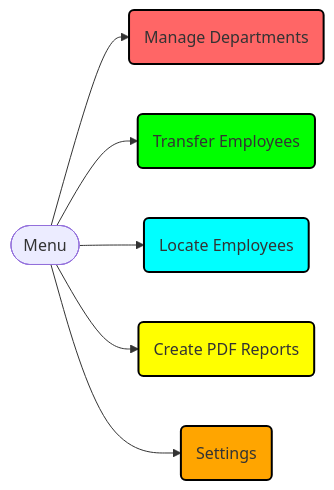
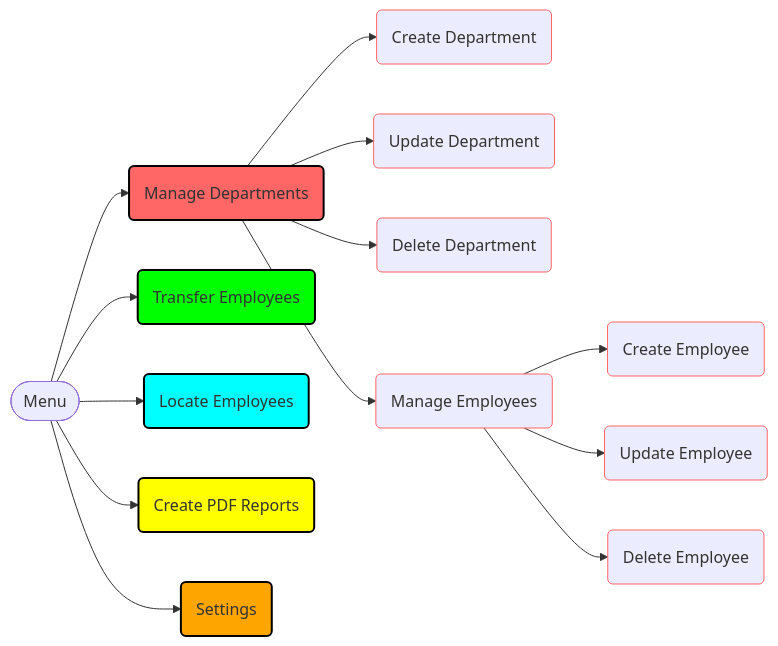
One commit to k1729p/Study27 changed the diagram in docs/mermaid/flowchart.md. Above: the diagram before and after it, drawn with Mermaid. The commit also changed 2 other files, not shown here.

````diff
--- a/docs/mermaid/flowchart.md
+++ b/docs/mermaid/flowchart.md
@@ -1,21 +1,48 @@
 ```mermaid
 flowchart LR
   MENU([Menu])
-  MNG(Manage Departments):::redBox
-  TRN(Transfer Employees):::greenBox
+  M_DEP(Manage Departments):::redBox
+  M_DEP_CR(Create Department):::redStroke
+  M_DEP_UP(Update Department):::redStroke
+  M_DEP_DL(Delete Department):::redStroke
+  M_EMP(Manage Employees):::redStroke
+  M_EMP_CR(Create Employee):::redStroke
+  M_EMP_UP(Update Employee):::redStroke
+  M_EMP_DL(Delete Employee):::redStroke
+  TRA_EMP(Transfer Employees):::greenBox
   LOC(Locate Employees):::cyanBox
   PDF(Create PDF Reports):::yellowBox
   SET(Settings):::orangeBox
 %% Flows
-  MENU --> MNG
-  MENU --> TRN
+  MENU --> M_DEP
+  M_DEP --> M_DEP_CR
+  M_DEP --> M_DEP_UP
+  M_DEP --> M_DEP_DL
+  M_DEP --> M_EMP
+  M_EMP --> M_EMP_CR
+  M_EMP --> M_EMP_UP
+  M_EMP --> M_EMP_DL
+  MENU --> TRA_EMP
   MENU --> LOC
   MENU --> PDF
   MENU --> SET
+%% Links
+  click M_DEP "https://github.com/k1729p/Study27/blob/main/docs/images/ScreenshotManageDepartments.jpg" _blank
+  click M_DEP_CR "https://github.com/k1729p/Study27/blob/main/docs/images/ScreenshotCreateDepartment.jpg" _blank
+  click M_DEP_UP "https://github.com/k1729p/Study27/blob/main/docs/images/ScreenshotUpdateDepartment.jpg" _blank
+  click M_DEP_DL "https://github.com/k1729p/Study27/blob/main/docs/images/ScreenshotDeleteDepartment.jpg" _blank
+  click M_EMP "https://github.com/k1729p/Study27/blob/main/docs/images/ScreenshotManageEmployees.jpg" _blank
+  click M_EMP_CR "https://github.com/k1729p/Study27/blob/main/docs/images/ScreenshotCreateEmployee.jpg" _blank
+  click M_EMP_UP "https://github.com/k1729p/Study27/blob/main/docs/images/ScreenshotUpdateEmployee.jpg" _blank
+  click M_EMP_DL "https://github.com/k1729p/Study27/blob/main/docs/images/ScreenshotDeleteEmployee.jpg" _blank
+  click TRA_EMP "https://github.com/k1729p/Study27/blob/main/docs/images/ScreenshotTransferEmployees.jpg" _blank
+  click LOC_EMP "https://github.com/k1729p/Study27/blob/main/docs/images/ScreenshotLocateEmployees.jpg" _blank
+  click PDF "https://github.com/k1729p/Study27/blob/main/docs/images/ScreenshotCreatePDFReports.jpg" _blank
 %% Style Definitions
   classDef redBox fill: #ff6666, stroke: #000, stroke-width: 2px
+  classDef redStroke stroke: #ff6666
   classDef greenBox fill: #00ff00, stroke: #000, stroke-width: 2px
   classDef cyanBox fill: #00ffff, stroke: #000, stroke-width: 2px
   classDef yellowBox fill: #ffff00, stroke: #000, stroke-width: 2px
   classDef orangeBox  fill: #ffa500,stroke:#000,stroke-width:2px
 ```
````
